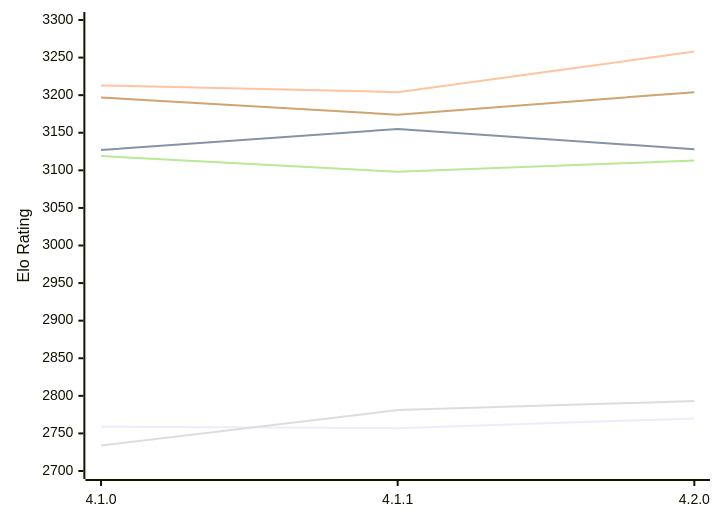
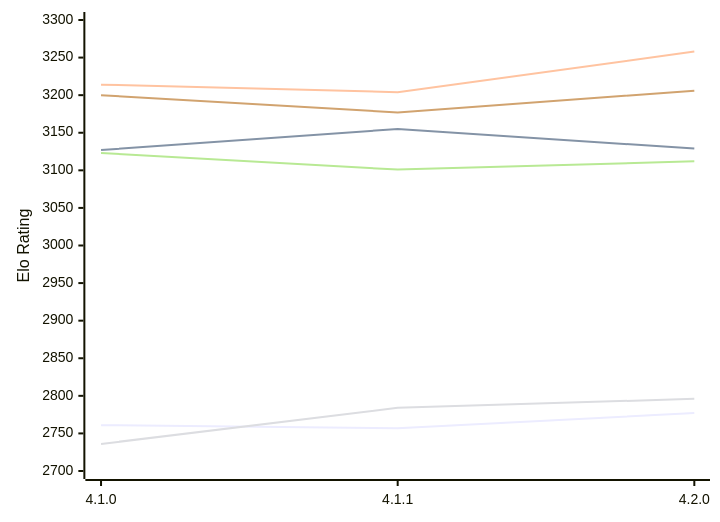
One commit to computer-chess-index/cci changed the diagram in engines/LunaChessEngine.md. Above: the diagram before and after it, drawn with Mermaid. The commit also changed other lines of this file, not shown here.

Commit message:
Update CCI Ratings (ELO VLTC) - 2026-11-24

````diff
--- a/engines/LunaChessEngine.md
+++ b/engines/LunaChessEngine.md
@@ -51,12 +51,12 @@
 ```mermaid
 %%{init: {"theme":"base","themeVariables":{"seriesColors:['#a3a3a3','#222221','#faa371']}}}%%
 xychart-beta
   x-axis ["4.1.0", "4.1.1", "4.2.0"]
   y-axis "Elo Rating" 2700 --> 3300
-  line "E1: STC (8.0+0.08s)" [2759, 2757, 2770]
-  line "E1: LTC (60.0+0.60s)" [3127, 3155, 3128]
-  line "E1: VLTC (2m24s+1.12s)" [3213, 3204, 3258]
-  line "P1: STC (8.0+0.08s)" [2734, 2781, 2793]
-  line "P1: LTC (60.0+0.60s)" [3119, 3098, 3113]
-  line "P1: VLTC (2m24s+1.12s)" [3197, 3174, 3204]
+  line "E1: STC (8.0+0.08s)" [2761, 2757, 2777]
+  line "E1: LTC (60.0+0.60s)" [3127, 3155, 3129]
+  line "E1: VLTC (2m24s+1.12s)" [3214, 3204, 3258]
+  line "P1: STC (8.0+0.08s)" [2736, 2784, 2796]
+  line "P1: LTC (60.0+0.60s)" [3123, 3101, 3112]
+  line "P1: VLTC (2m24s+1.12s)" [3200, 3177, 3206]
 ```
````
